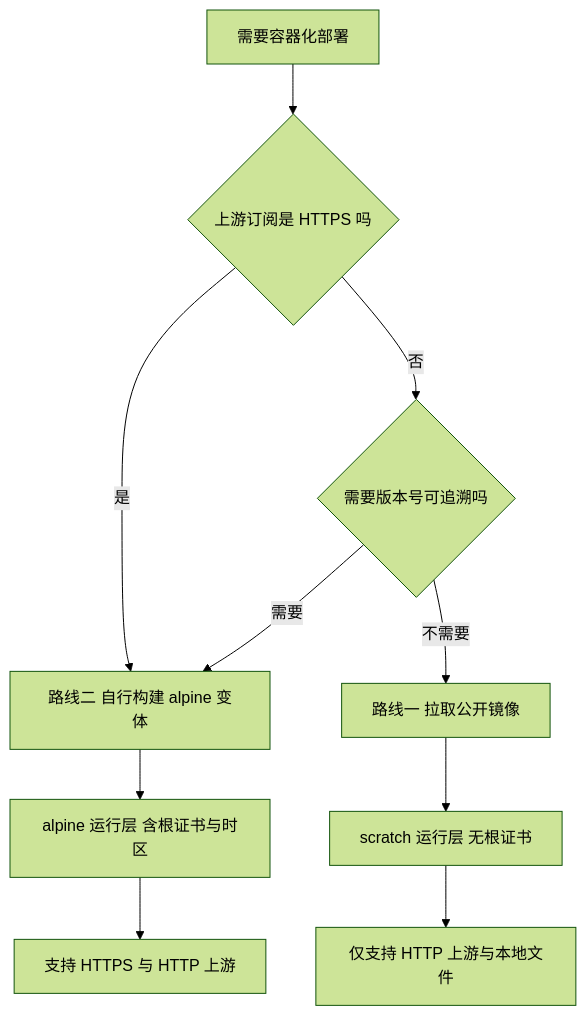
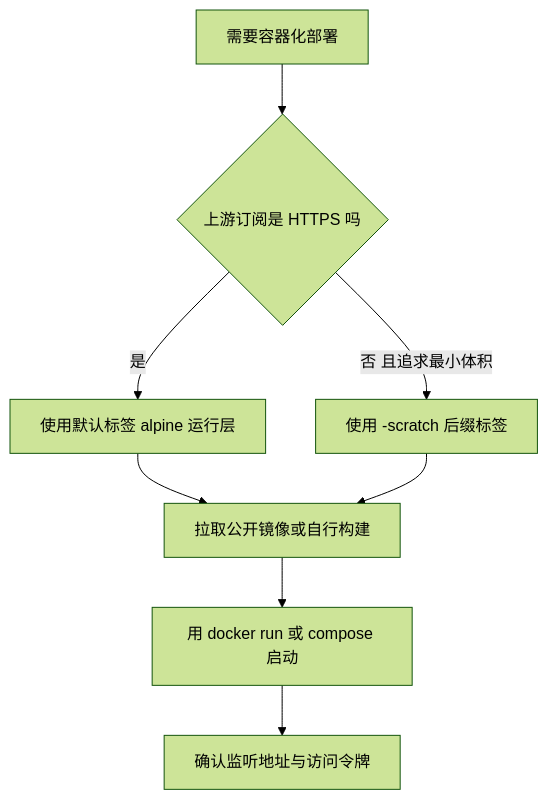
Before and after one commit to tktogether/subforge: the second of 3 diagrams in docs/wiki/安装与部署.md, drawn with Mermaid (forest theme). The commit also changed other lines of this file and 11 other files, not shown here.

````diff
--- a/docs/wiki/安装与部署.md
+++ b/docs/wiki/安装与部署.md
@@ -175,12 +154,10 @@
 ```mermaid
 flowchart TD
     A[需要容器化部署] --> B{上游订阅是 HTTPS 吗}
-    B -->|是| C[路线二 自行构建 alpine 变体]
-    B -->|否| D{需要版本号可追溯吗}
-    D -->|需要| C
-    D -->|不需要| E[路线一 拉取公开镜像]
-    C --> F[alpine 运行层 含根证书与时区]
-    E --> G[scratch 运行层 无根证书]
-    F --> H[支持 HTTPS 与 HTTP 上游]
-    G --> I[仅支持 HTTP 上游与本地文件]
+    B -->|是| C[使用默认标签 alpine 运行层]
+    B -->|否 且追求最小体积| D[使用 -scratch 后缀标签]
+    C --> E[拉取公开镜像或自行构建]
+    D --> E
+    E --> F[用 docker run 或 compose 启动]
+    F --> G[确认监听地址与访问令牌]
 ```
````
